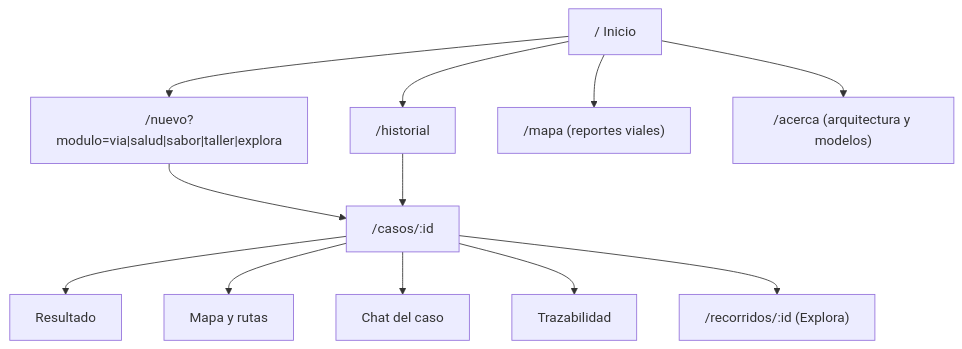
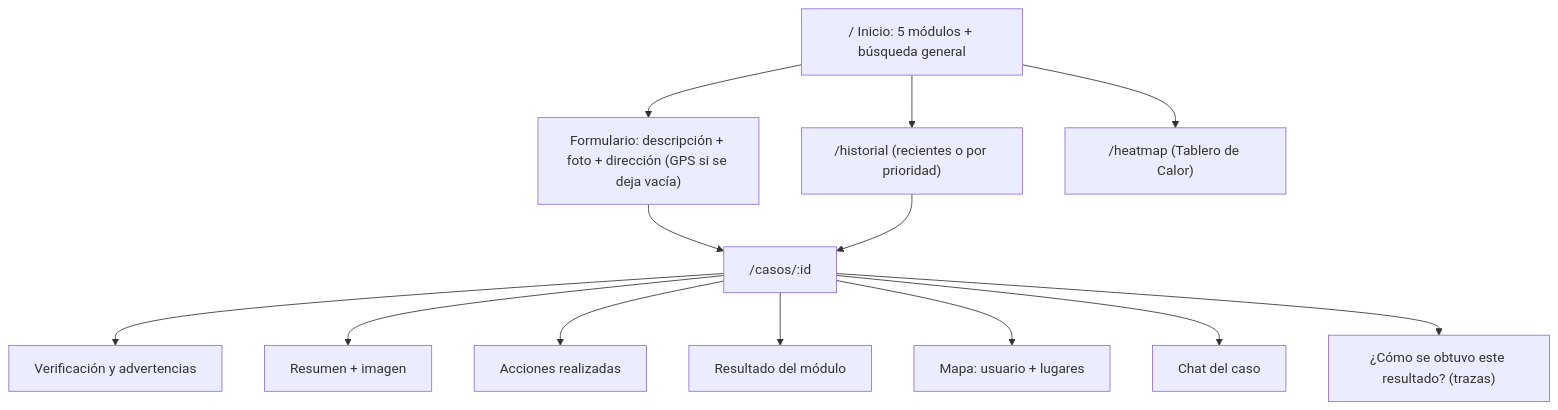
Before and after one commit to Jupagui/Orbis: the fourth of 4 diagrams in Documentacion/plan_tecnico.md, drawn with Mermaid. The commit also changed other lines of this file and 9 other files, not shown here.

````diff
--- a/Documentacion/plan_tecnico.md
+++ b/Documentacion/plan_tecnico.md
@@ -361,14 +317,15 @@
 ```mermaid
 flowchart TD
-  H["/ Inicio"] --> N["/nuevo?modulo=via|salud|sabor|taller|explora"]
-  H --> HI["/historial"]
-  H --> M["/mapa (reportes viales)"]
-  N --> C["/casos/:id"]
+  H["/ Inicio: 5 módulos + búsqueda general"] --> F["Formulario: descripción + foto + dirección (GPS si se deja vacía)"]
+  F --> C["/casos/:id"]
+  H --> HI["/historial (recientes o por prioridad)"]
+  H --> M["/heatmap (Tablero de Calor)"]
   HI --> C
-  C --> C1["Resultado"]
-  C --> C2["Mapa y rutas"]
-  C --> C3["Chat del caso"]
-  C --> C4["Trazabilidad"]
-  C --> R["/recorridos/:id (Explora)"]
-  H --> A["/acerca (arquitectura y modelos)"]
+  C --> C1["Verificación y advertencias"]
+  C --> C2["Resumen + imagen"]
+  C --> C3["Acciones realizadas"]
+  C --> C4["Resultado del módulo"]
+  C --> C5["Mapa: usuario + lugares"]
+  C --> C6["Chat del caso"]
+  C --> C7["¿Cómo se obtuvo este resultado? (trazas)"]
 ```
````
